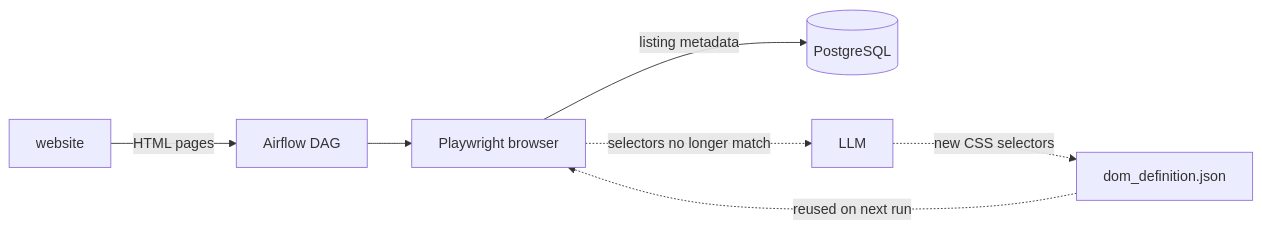
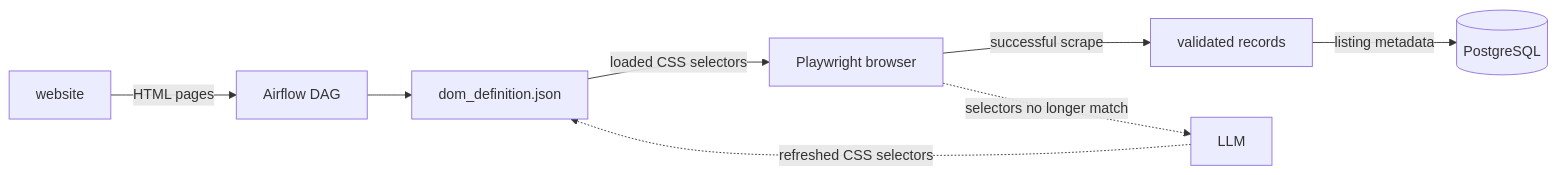
Before and after one commit to kshshton/sheloba: the diagram in README.md, drawn with Mermaid.

Commit message:
Update diagram

````diff
--- a/README.md
+++ b/README.md
@@ -11,9 +11,10 @@
 ```mermaid
 flowchart LR
     W[website] -->|HTML pages| S[Airflow DAG]
-    S --> P[Playwright browser]
-    P -->|listing metadata| DB[(PostgreSQL)]
+    S --> D[dom_definition.json]
+    D -->|loaded CSS selectors| P[Playwright browser]
+    P -->|successful scrape| V[validated records]
+    V -->|listing metadata| DB[(PostgreSQL)]
     P -. selectors no longer match .-> G[LLM]
-    G -. new CSS selectors .-> J[dom_definition.json]
-    J -. reused on next run .-> P
+    G -. refreshed CSS selectors .-> D
 ```
````
